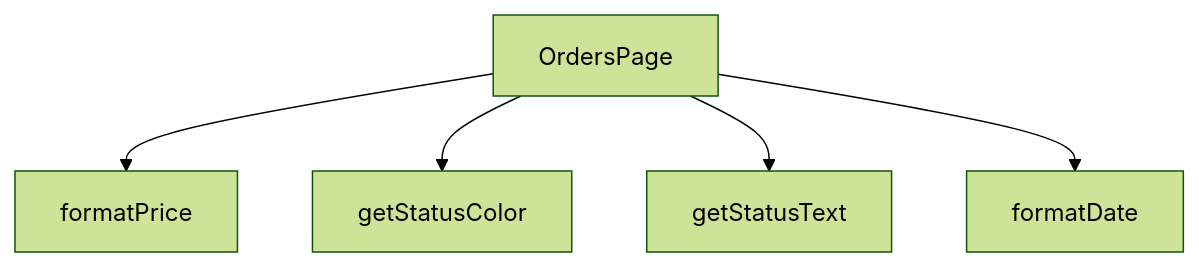
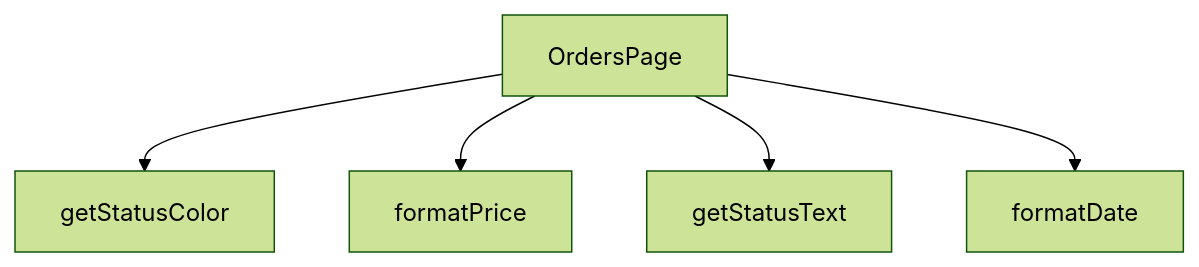
Before and after one commit to peckop/venthub-hvac-esite: the diagram in src/views/OrdersPage.md, drawn with Mermaid (forest theme). The commit also changed other lines of this file and 22 other files, not shown here.

````diff
--- a/src/views/OrdersPage.md
+++ b/src/views/OrdersPage.md
@@ -165,12 +230,12 @@
 ```mermaid
 graph TD
     OrdersPage_tsx__OrdersPage["OrdersPage"]
     OrdersPage_tsx__formatDate["formatDate"]
     OrdersPage_tsx__formatPrice["formatPrice"]
     OrdersPage_tsx__getStatusColor["getStatusColor"]
     OrdersPage_tsx__getStatusText["getStatusText"]
+    OrdersPage_tsx__OrdersPage --> OrdersPage_tsx__getStatusColor
     OrdersPage_tsx__OrdersPage --> OrdersPage_tsx__formatPrice
-    OrdersPage_tsx__OrdersPage --> OrdersPage_tsx__getStatusColor
     OrdersPage_tsx__OrdersPage --> OrdersPage_tsx__getStatusText
     OrdersPage_tsx__OrdersPage --> OrdersPage_tsx__formatDate
 ```
````
